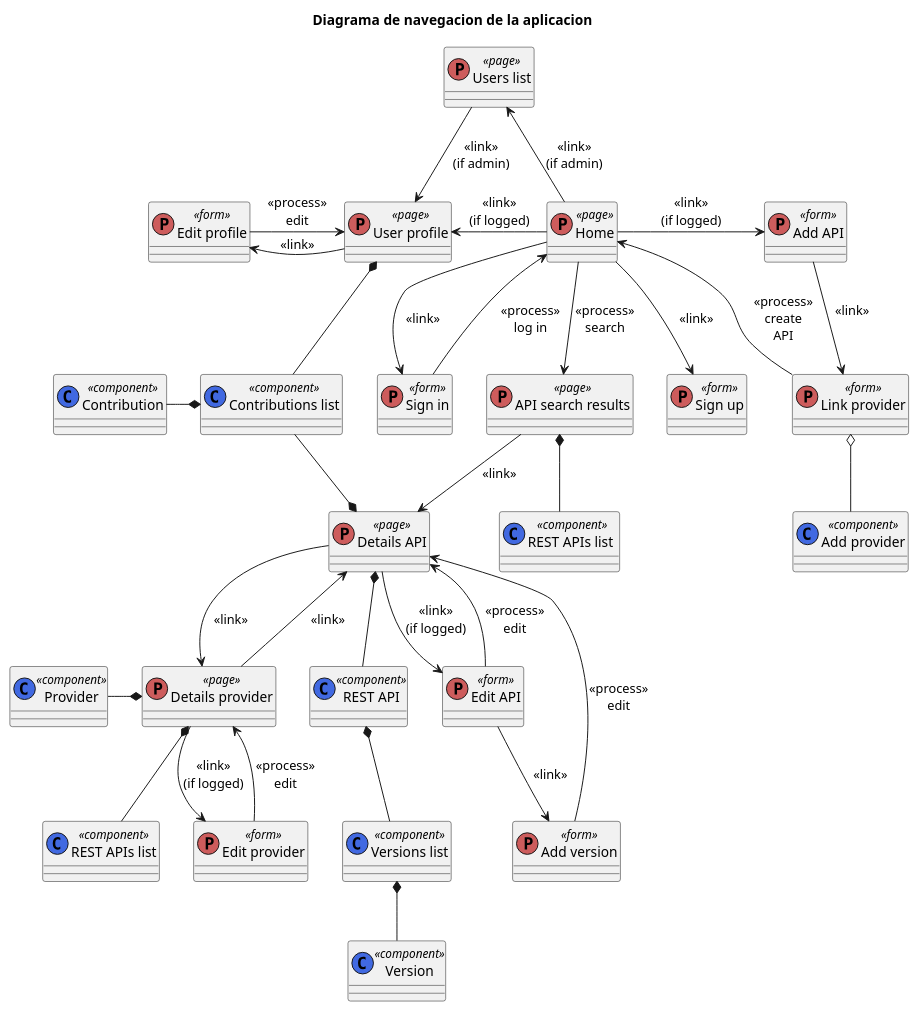
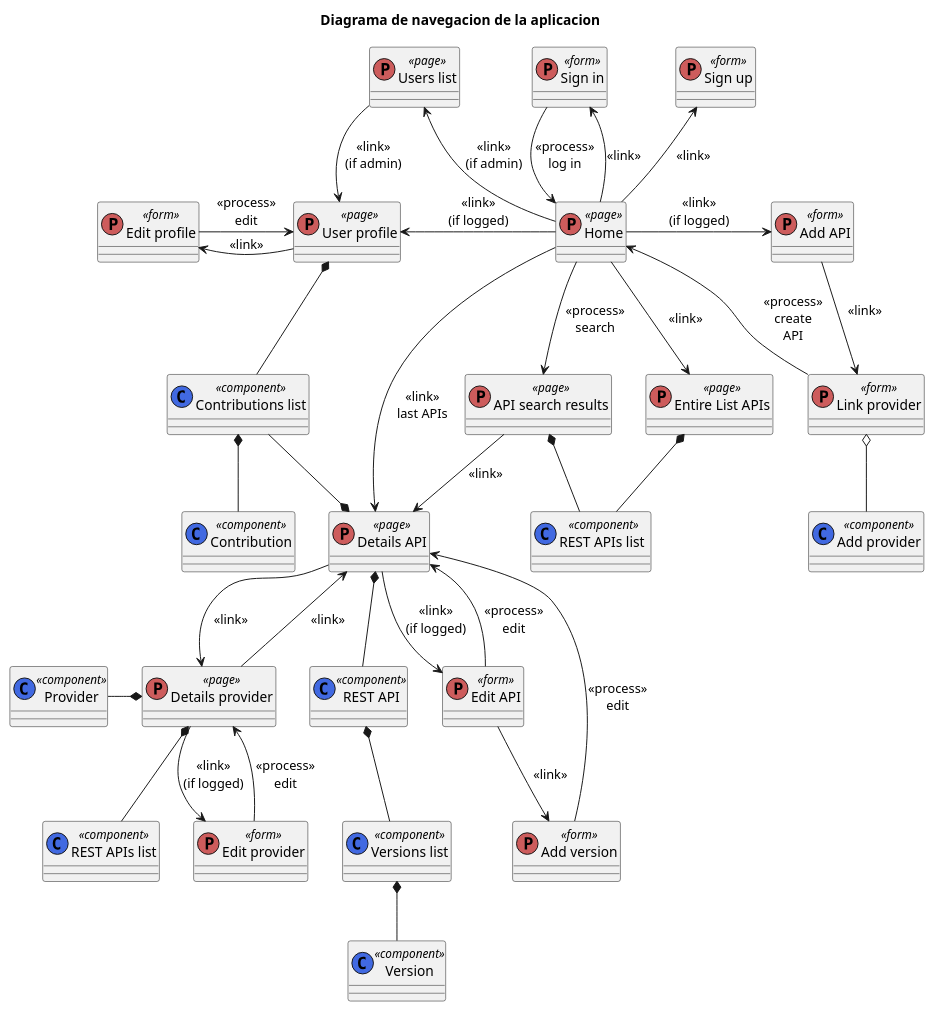
Before and after one commit to tonen100/TFM_Front_RepositorioServiciosWebEnriquecidos: the diagram in doc/dn.plantuml, drawn with PlantUML.

```diff
--- a/doc/dn.plantuml
+++ b/doc/dn.plantuml
@@ -1,60 +1,63 @@
 @startuml
-
 title Diagrama de navegacion de la aplicacion
 
 class "Home" <<(P,IndianRed) page>>
+class "Entire List APIs" <<(P,IndianRed) page>>
 class "API search results" <<(P,IndianRed) page>>
 class "Details API" <<(P,IndianRed) page>>
 class "Sign up" <<(P,IndianRed) form>>
 class "Sign in" <<(P,IndianRed) form>>
 class "Details provider" <<(P,IndianRed) page>>
 class "REST APIs list" <<(C,RoyalBlue) component>>
 class "REST APIs list " <<(C,RoyalBlue) component>>
 class "REST API" <<(C,RoyalBlue) component>>
 class "Versions list" <<(C,RoyalBlue) component>>
 class "Version" <<(C,RoyalBlue) component>>
 class "Provider" <<(C,RoyalBlue) component>>
 class "User profile" <<(P,IndianRed) page>>
 class "Edit profile" <<(P,IndianRed) form>>
 class "Contributions list" <<(C,RoyalBlue) component>>
 class "Link provider" <<(P,IndianRed) form>>
 class "Add provider" <<(C,RoyalBlue) component>>
 class "Edit provider" <<(P,IndianRed) form>>
 class "Contribution" <<(C,RoyalBlue) component>>
 class "Add API" <<(P,IndianRed) form>>
 class "Edit API" <<(P,IndianRed) form>>
 class "Add version" <<(P,IndianRed) form>>
 class "Users list" <<(P,IndianRed) page>>
 
 "Home" --> "API search results": <<process>>\nsearch
-"Home" --> "Sign up": <<link>>
-"Home" --> "Sign in": <<link>>
+"Home" --> "Entire List APIs": <<link>>
+"Home" -up-> "Sign up": <<link>>
+"Home" -up-> "Sign in": <<link>>
+"Home" --> "Details API": <<link>>\nlast APIs
 "Sign in" --> "Home": <<process>>\nlog in
 "Home" -left-> "User profile": <<link>>\n(if logged)
 "User profile" -left-> "Edit profile": <<link>>
 "Edit profile" -right-> "User profile": <<process>>\nedit
 "User profile" *-- "Contributions list"
 "Home" -right-> "Add API": <<link>>\n(if logged)
 "Add API" --> "Link provider": <<link>>\n
 "Link provider" o-- "Add provider"
 "Link provider" --> "Home": <<process>>\ncreate\nAPI
 "API search results" --> "Details API": <<link>>
 "API search results" *-- "REST APIs list "
+"Entire List APIs" *-- "REST APIs list "
 "Details API" --> "Details provider": <<link>>
 "Details API" *-- "REST API"
 "Details API" --> "Edit API": <<link>>\n(if logged)
 "Edit API" --> "Details API": <<process>>\nedit
 "Edit API" --> "Add version": <<link>>
 "Add version" --> "Details API": <<process>>\nedit
 "Details API" *-up- "Contributions list"
 "REST API" *-- "Versions list"
 "Versions list" *-- "Version"
-"Contributions list" *-left- "Contribution"
+"Contributions list" *-down- "Contribution"
 "Details provider" *-left- "Provider"
 "Details provider" *-- "REST APIs list"
 "Details provider" --> "Details API": <<link>>
 "Details provider" --> "Edit provider": <<link>>\n(if logged)
 "Edit provider" --> "Details provider": <<process>>\nedit
 "Home" -up-> "Users list": <<link>>\n(if admin)
 "Users list" --> "User profile": <<link>>\n(if admin)
 @enduml
```
